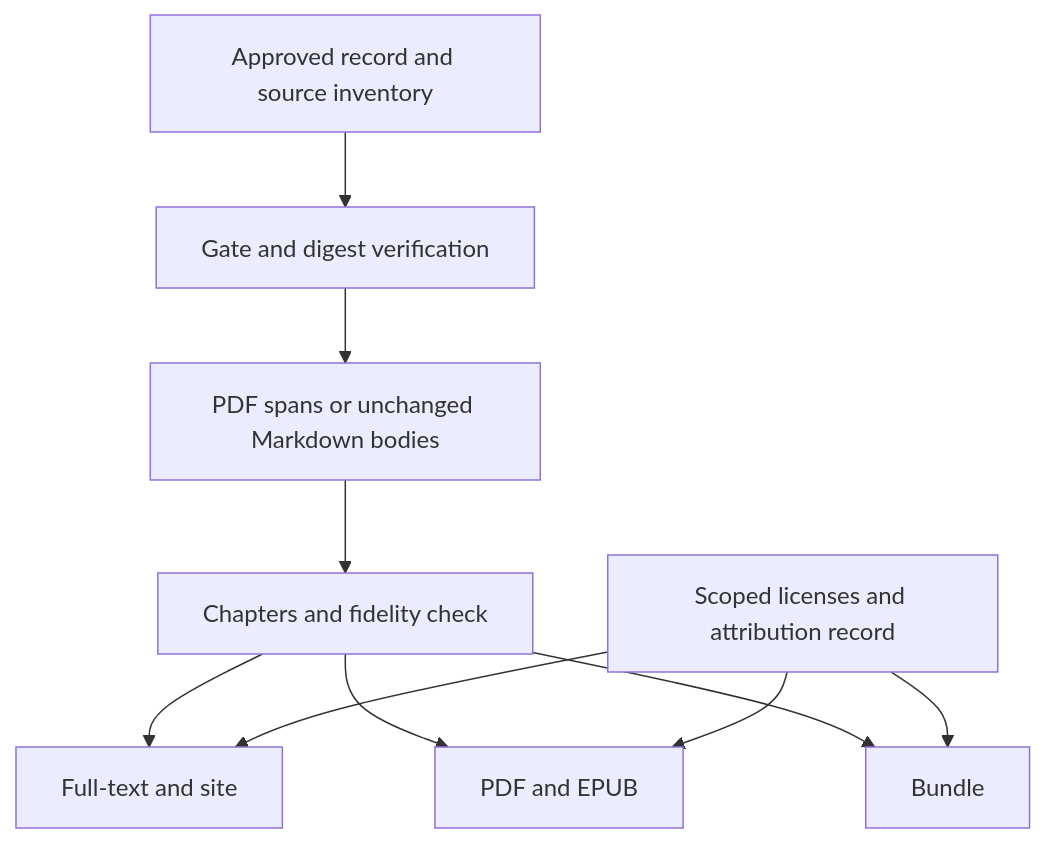
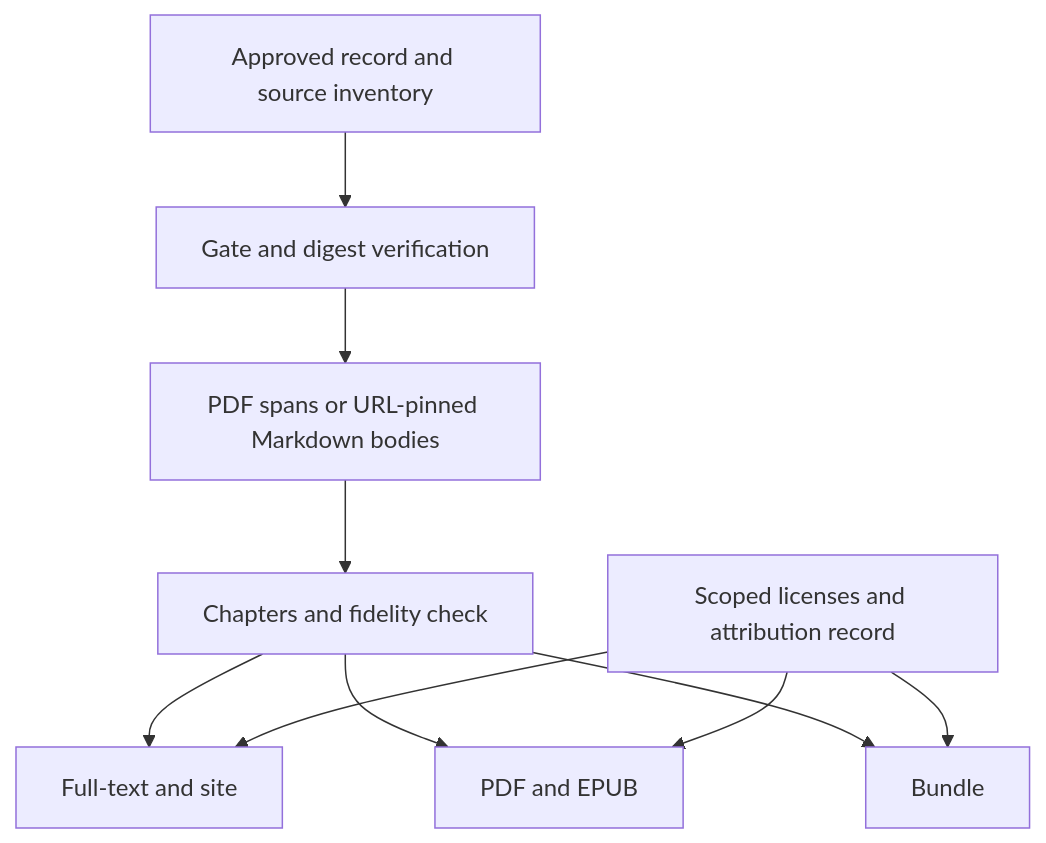
One commit to LinnJS/fieldnotes changed the second of 2 diagrams in docs/plans/2026-11-24-1506-feat-12-factor-agents-collection-plan.md. Above: the diagram before and after it, drawn with Mermaid. The commit also changed other lines of this file, not shown here.

Commit message:
docs(plans): clarify licensing and pinned-link boundaries

````diff
--- a/docs/plans/2026-11-24-1506-feat-12-factor-agents-collection-plan.md
+++ b/docs/plans/2026-11-24-1506-feat-12-factor-agents-collection-plan.md
@@ -126,12 +126,12 @@
 ```mermaid
 flowchart TB
     A[Approved record and source inventory] --> B[Gate and digest verification]
-    B --> C[PDF spans or unchanged Markdown bodies]
+    B --> C[PDF spans or URL-pinned Markdown bodies]
     C --> D[Chapters and fidelity check]
     D --> E[Full-text and site]
     D --> F[PDF and EPUB]
     D --> G[Bundle]
     H[Scoped licenses and attribution record] --> E
     H --> F
     H --> G
 ```
````
